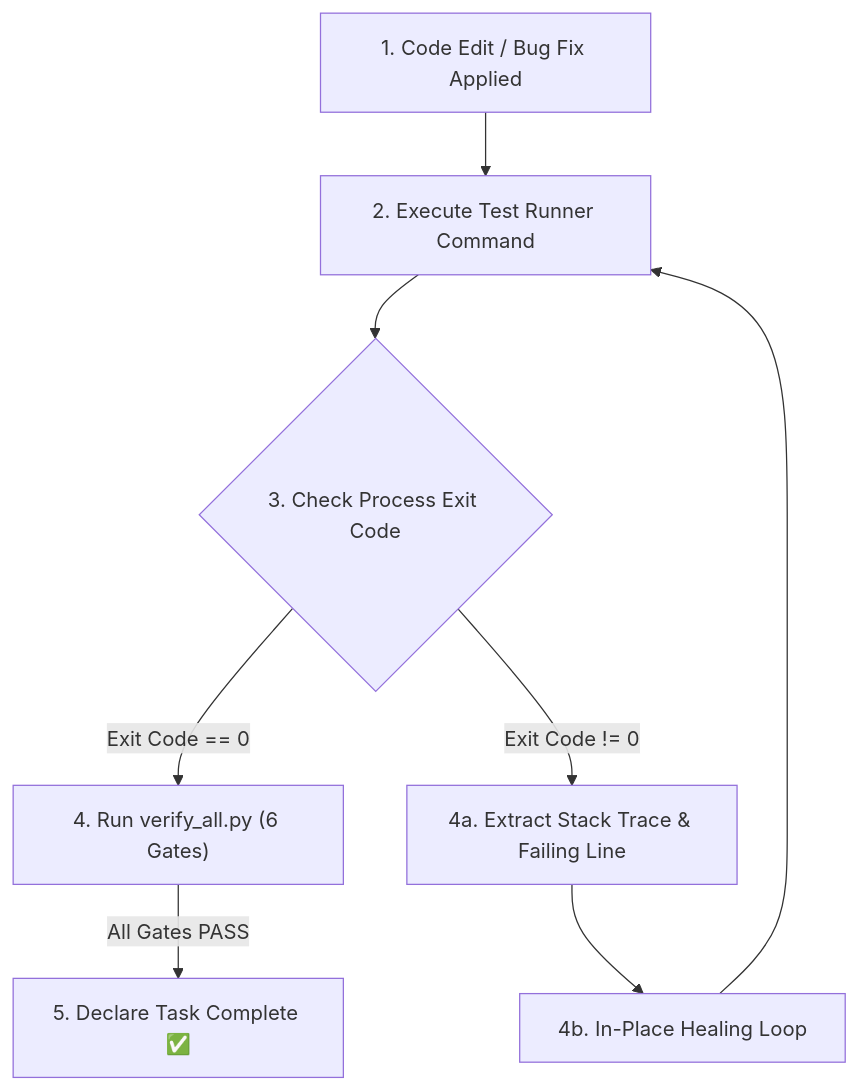
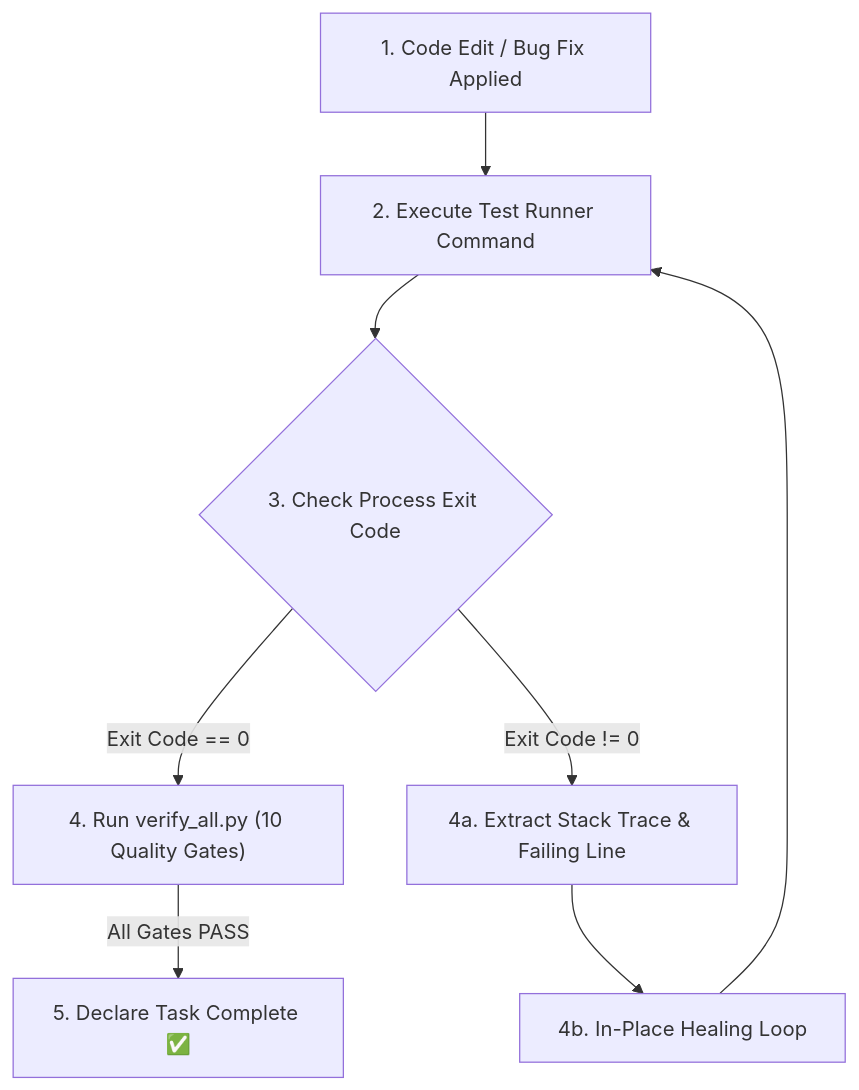
The diagram in .agents/skills/antigravity-test-sentinel/SKILL.md (TeeVee98/Synapse-Hub), drawn with Mermaid before and after one commit. The commit also changed 40 other files, not shown here.

````diff
--- a/.agents/skills/antigravity-test-sentinel/SKILL.md
+++ b/.agents/skills/antigravity-test-sentinel/SKILL.md
@@ -30,10 +30,10 @@
 ```mermaid
 flowchart TD
     Edit["1. Code Edit / Bug Fix Applied"] --> Run["2. Execute Test Runner Command"]
     Run --> Check{"3. Check Process Exit Code"}
-    Check -- "Exit Code == 0" --> DoD["4. Run verify_all.py (6 Gates)"]
+    Check -- "Exit Code == 0" --> DoD["4. Run verify_all.py (10 Quality Gates)"]
     DoD -- "All Gates PASS" --> Complete["5. Declare Task Complete ✅"]
     Check -- "Exit Code != 0" --> Extract["4a. Extract Stack Trace & Failing Line"]
     Extract --> Heal["4b. In-Place Healing Loop"]
     Heal --> Run
 ```
````
